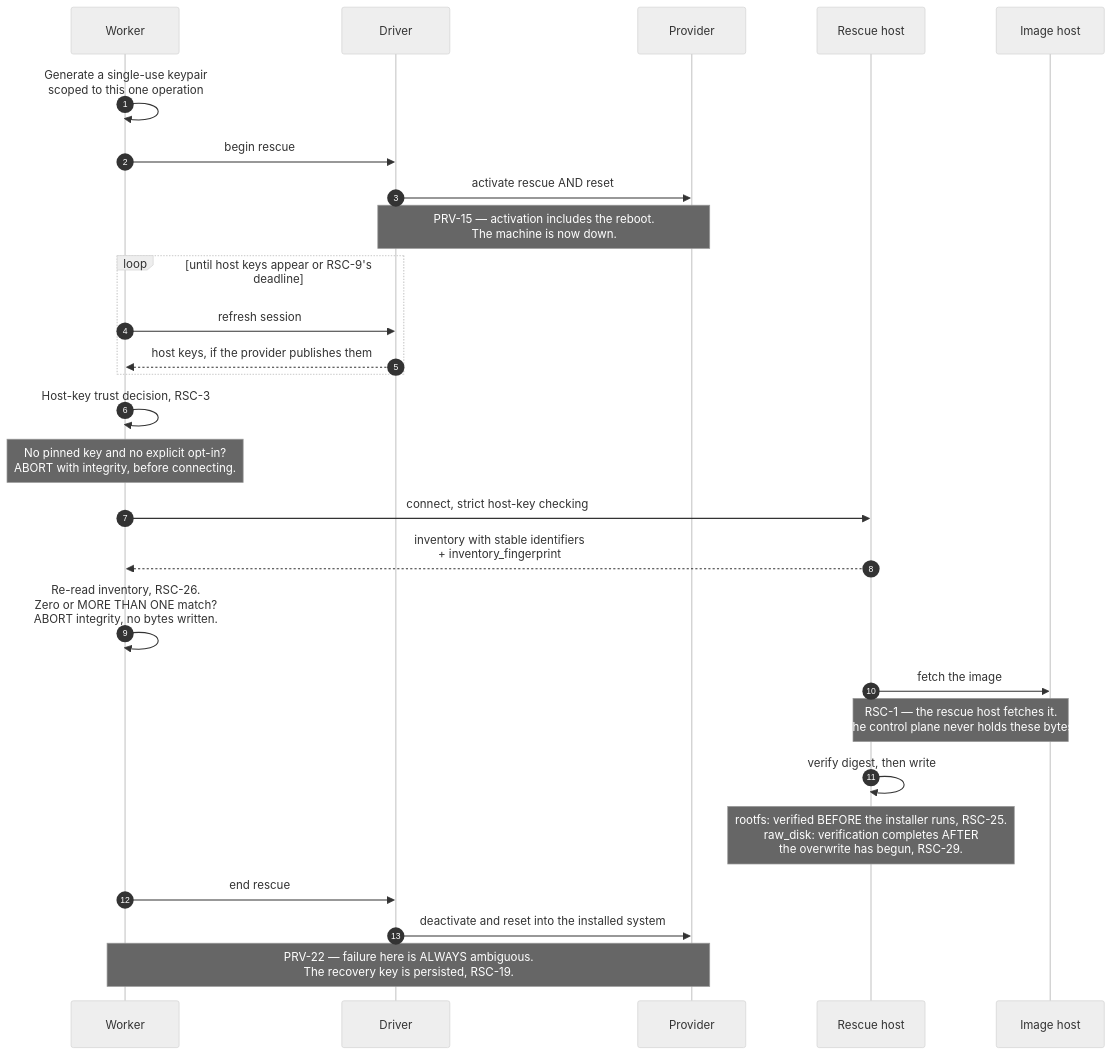
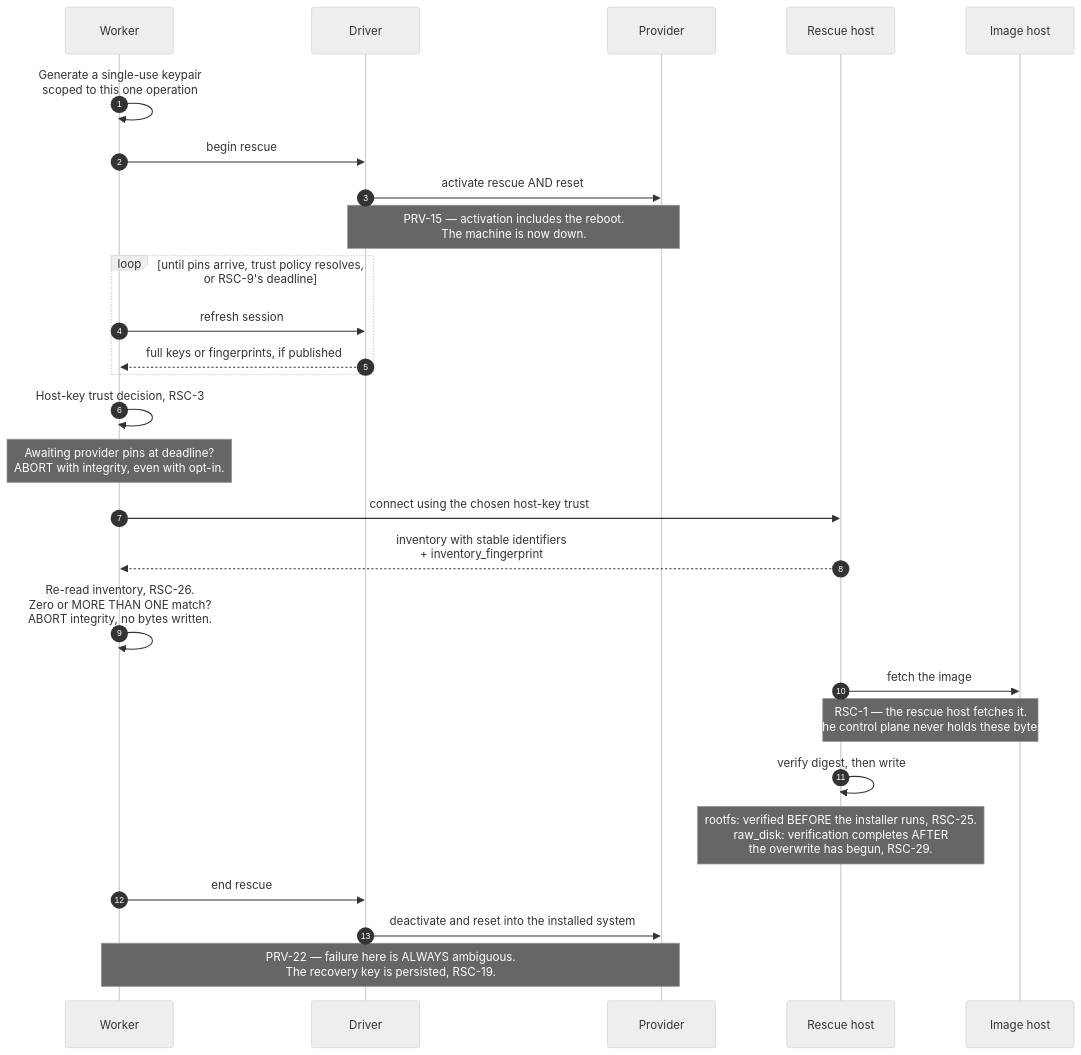
The diagram in 06-rescue-install.md (douglaz/provisiond), drawn with Mermaid (neutral theme) before and after one commit. The commit also changed other lines of this file and 15 other files, not shown here.

````diff
--- a/06-rescue-install.md
+++ b/06-rescue-install.md
@@ -22,30 +23,30 @@
 ```mermaid
 sequenceDiagram
     autonumber
     participant W as Worker
     participant D as Driver
     participant P as Provider
     participant R as Rescue host
     participant I as Image host
 
     W->>W: Generate a single-use keypair<br/>scoped to this one operation
     W->>D: begin rescue
     D->>P: activate rescue AND reset
     Note over D,P: PRV-15 — activation includes the reboot.<br/>The machine is now down.
-    loop until host keys appear or RSC-9's deadline
+    loop until pins arrive, trust policy resolves, or RSC-9's deadline
         W->>D: refresh session
-        D-->>W: host keys, if the provider publishes them
+        D-->>W: full keys or fingerprints, if published
     end
     W->>W: Host-key trust decision, RSC-3
-    Note over W: No pinned key and no explicit opt-in?<br/>ABORT with integrity, before connecting.
-    W->>R: connect, strict host-key checking
+    Note over W: Awaiting provider pins at deadline?<br/>ABORT with integrity, even with opt-in.
+    W->>R: connect using the chosen host-key trust
     R-->>W: inventory with stable identifiers<br/>+ inventory_fingerprint
     W->>W: Re-read inventory, RSC-26.<br/>Zero or MORE THAN ONE match?<br/>ABORT integrity, no bytes written.
     R->>I: fetch the image
     Note over R,I: RSC-1 — the rescue host fetches it.<br/>The control plane never holds these bytes.
     R->>R: verify digest, then write
     Note over R: rootfs: verified BEFORE the installer runs, RSC-25.<br/>raw_disk: verification completes AFTER<br/>the overwrite has begun, RSC-29.
     W->>D: end rescue
     D->>P: deactivate and reset into the installed system
     Note over W,P: PRV-22 — failure here is ALWAYS ambiguous.<br/>The recovery key is persisted, RSC-19.
 ```
````
